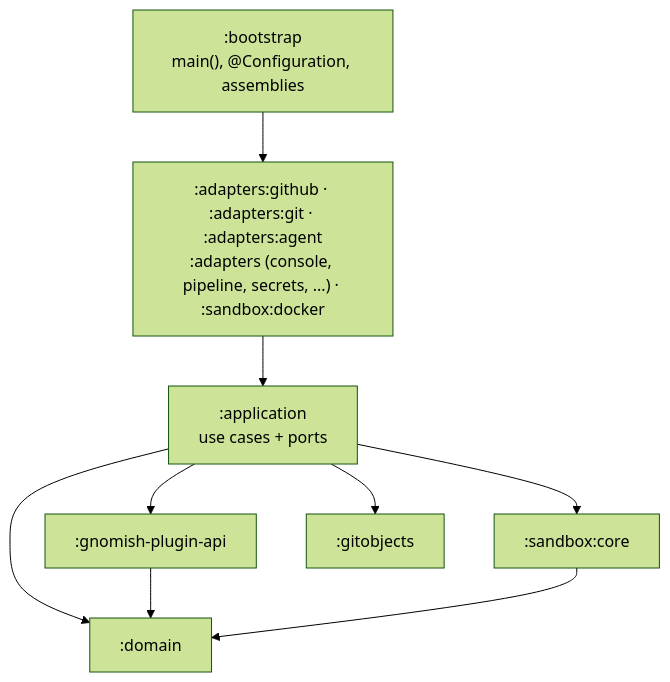
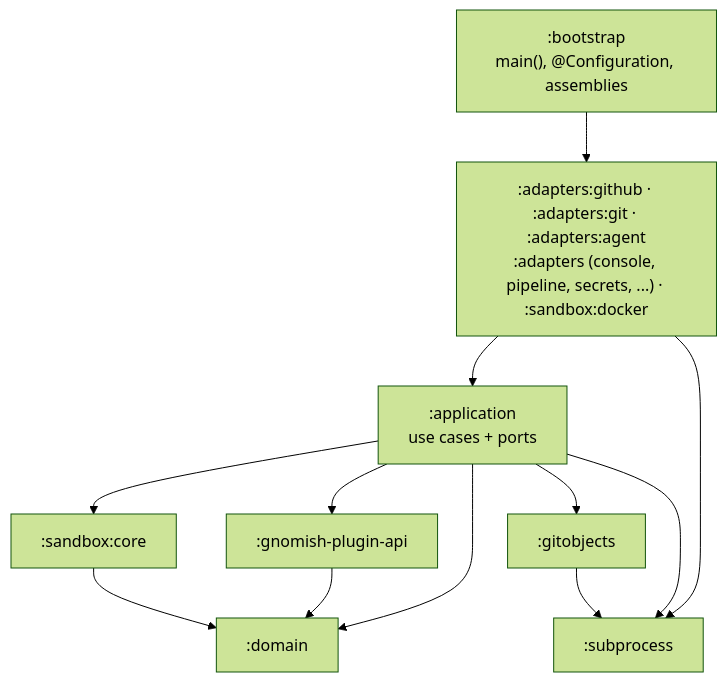
One commit to oinsio/gnomish-factory changed the diagram in docs/guides/developer-guide.md. Above: the diagram before and after it, drawn with Mermaid (forest theme). The commit also changed other lines of this file and 159 other files, not shown here.

````diff
--- a/docs/guides/developer-guide.md
+++ b/docs/guides/developer-guide.md
@@ -15,16 +15,20 @@
 ```mermaid
 flowchart TB
     bootstrap[":bootstrap<br/>main(), @Configuration, assemblies"]
     adapters[":adapters:github · :adapters:git · :adapters:agent<br/>:adapters (console, pipeline, secrets, ...) · :sandbox:docker"]
     application[":application<br/>use cases + ports"]
     api[":gnomish-plugin-api"]
     sandboxcore[":sandbox:core"]
     gitobjects[":gitobjects"]
+    subprocess[":subprocess"]
     domain[":domain"]
 
     bootstrap --> adapters
     adapters --> application
+    adapters --> subprocess
     application --> api & sandboxcore & gitobjects & domain
+    application --> subprocess
+    gitobjects --> subprocess
     api --> domain
     sandboxcore --> domain
 ```
````
